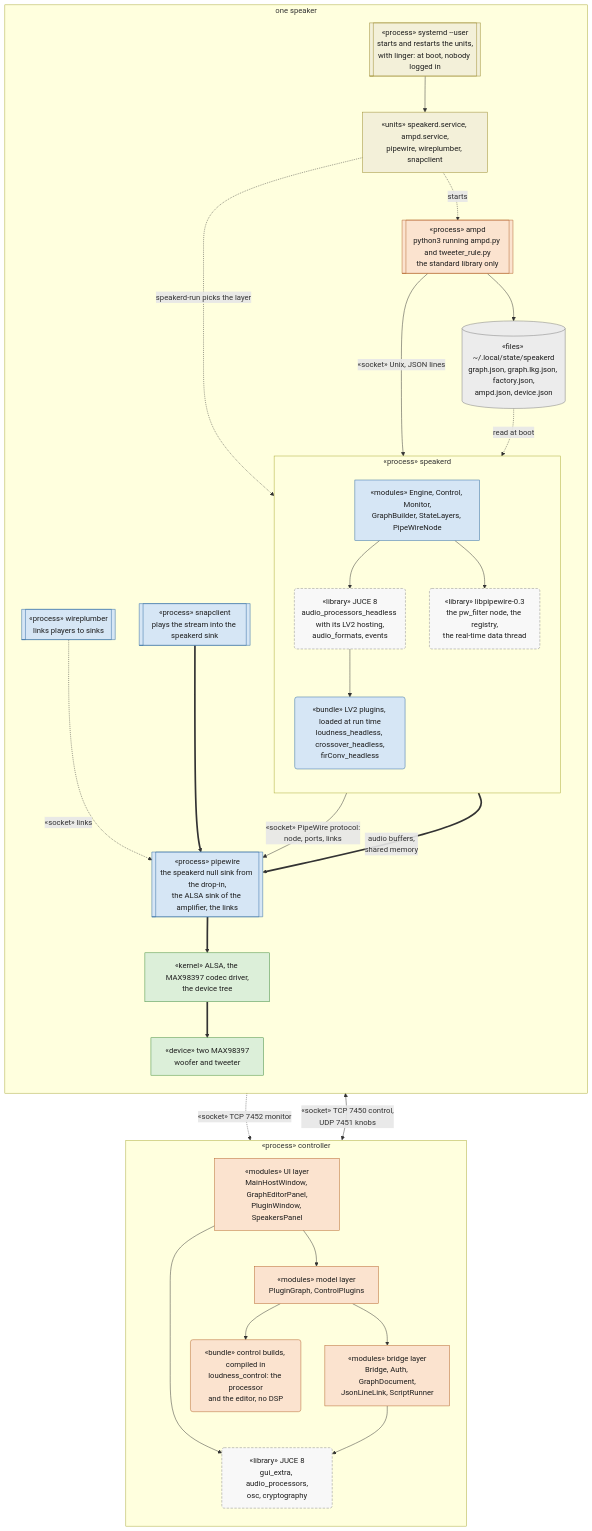
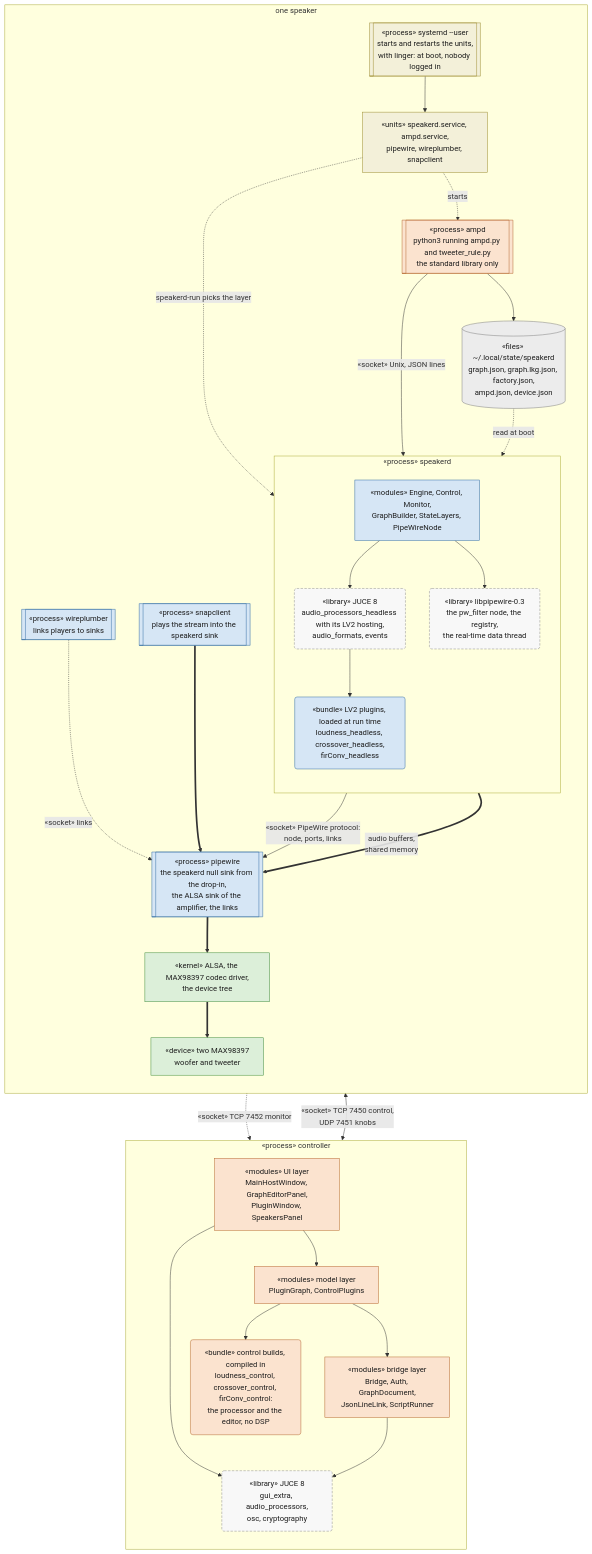
Diagram 13 of 19 in docs/remote-plugin-host.md (AMuszkat/bpi_amp_platform), drawn with Mermaid before and after one commit. The commit also changed other lines of this file and 7 other files, not shown here.

First line of the commit message:
controller: crossover and firConv compiled in as control builds, with their editors and real pins

````diff
--- a/docs/remote-plugin-host.md
+++ b/docs/remote-plugin-host.md
@@ -1169,59 +1169,59 @@
 ```mermaid
 flowchart TB
     classDef ctl fill:#fbe3cf,stroke:#b4642a,color:#1d1d1d
     classDef aud fill:#d6e6f5,stroke:#2f6aa3,color:#1d1d1d
     classDef sto fill:#ececec,stroke:#7a7a7a,color:#1d1d1d
     classDef hw fill:#dcefd9,stroke:#3d8a3a,color:#1d1d1d
     classDef sys fill:#f3f0d9,stroke:#9a8a2a,color:#1d1d1d
     classDef lib fill:#f8f8f8,stroke:#8a8a8a,color:#1d1d1d,stroke-dasharray:5 3
 
     subgraph DESK["«process» controller"]
         direction TB
         ui["«modules» UI layer<br/>MainHostWindow, GraphEditorPanel,<br/>PluginWindow, SpeakersPanel"]:::ctl
         model["«modules» model layer<br/>PluginGraph, ControlPlugins"]:::ctl
         bridge["«modules» bridge layer<br/>Bridge, Auth, GraphDocument,<br/>JsonLineLink, ScriptRunner"]:::ctl
-        cb("«bundle» control builds, compiled in<br/>loudness_control: the processor<br/>and the editor, no DSP"):::ctl
+        cb("«bundle» control builds, compiled in<br/>loudness_control, crossover_control, firConv_control:<br/>the processor and the editor, no DSP"):::ctl
         jucec("«library» JUCE 8<br/>gui_extra, audio_processors,<br/>osc, cryptography"):::lib
         ui --> model --> bridge
         model --> cb
         ui --> jucec
         bridge --> jucec
     end
 
     subgraph SPK["one speaker"]
         direction TB
         systemd[["«process» systemd --user<br/>starts and restarts the units,<br/>with linger: at boot, nobody logged in"]]:::sys
         units["«units» speakerd.service, ampd.service,<br/>pipewire, wireplumber, snapclient"]:::sys
         ampd[["«process» ampd<br/>python3 running ampd.py and tweeter_rule.py<br/>the standard library only"]]:::ctl
         files[("«files» ~/.local/state/speakerd<br/>graph.json, graph.lkg.json, factory.json,<br/>ampd.json, device.json")]:::sto
         subgraph SD["«process» speakerd"]
             direction TB
             sdm["«modules» Engine, Control, Monitor,<br/>GraphBuilder, StateLayers, PipeWireNode"]:::aud
             jucesd("«library» JUCE 8<br/>audio_processors_headless with its LV2 hosting,<br/>audio_formats, events"):::lib
             libpw("«library» libpipewire-0.3<br/>the pw_filter node, the registry,<br/>the real-time data thread"):::lib
             lv2("«bundle» LV2 plugins, loaded at run time<br/>loudness_headless, crossover_headless,<br/>firConv_headless"):::aud
             sdm --> jucesd --> lv2
             sdm --> libpw
         end
         pw[["«process» pipewire<br/>the speakerd null sink from the drop-in,<br/>the ALSA sink of the amplifier, the links"]]:::aud
         wp[["«process» wireplumber<br/>links players to sinks"]]:::aud
         snap[["«process» snapclient<br/>plays the stream into the speakerd sink"]]:::aud
         kern["«kernel» ALSA, the MAX98397 codec driver,<br/>the device tree"]:::hw
         amp["«device» two MAX98397<br/>woofer and tweeter"]:::hw
 
         systemd --> units
         units -. "speakerd-run picks the layer" .-> sdm
         units -. "starts" .-> ampd
         ampd -- "«socket» Unix, JSON lines" --> sdm
         ampd --> files
         files -. "read at boot" .-> sdm
         libpw -- "«socket» PipeWire protocol:<br/>node, ports, links" --> pw
         libpw == "audio buffers,<br/>shared memory" ==> pw
         wp -. "«socket» links" .-> pw
         snap ==> pw
         pw ==> kern ==> amp
     end
 
     bridge <-- "«socket» TCP 7450 control,<br/>UDP 7451 knobs" --> ampd
     ampd -. "«socket» TCP 7452 monitor" .-> bridge
 ```
````
